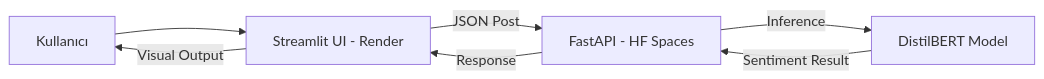
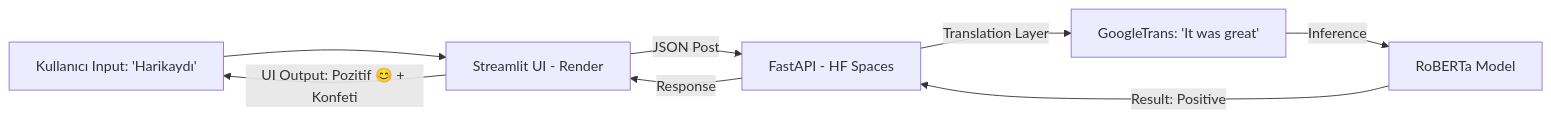
The diagram in README.md (beyzahiz/Sentiment-Analysis-NLP), drawn with Mermaid before and after one commit. The commit also changed other lines of this file, not shown here.

````diff
--- a/README.md
+++ b/README.md
@@ -41,9 +43,10 @@
 ```mermaid
 graph LR
-A[Kullanıcı] --> B[Streamlit UI - Render]
+A[Kullanıcı Input: 'Harikaydı'] --> B[Streamlit UI - Render]
 B -- JSON Post --> C[FastAPI - HF Spaces]
-C -- Inference --> D[DistilBERT Model]
-D -- Sentiment Result --> C
+C -- Translation Layer --> D[GoogleTrans: 'It was great']
+D -- Inference --> E[RoBERTa Model]
+E -- Result: Positive --> C
 C -- Response --> B
-B -- Visual Output --> A
+B -- UI Output: Pozitif 😊 + Konfeti --> A
 ```
````
